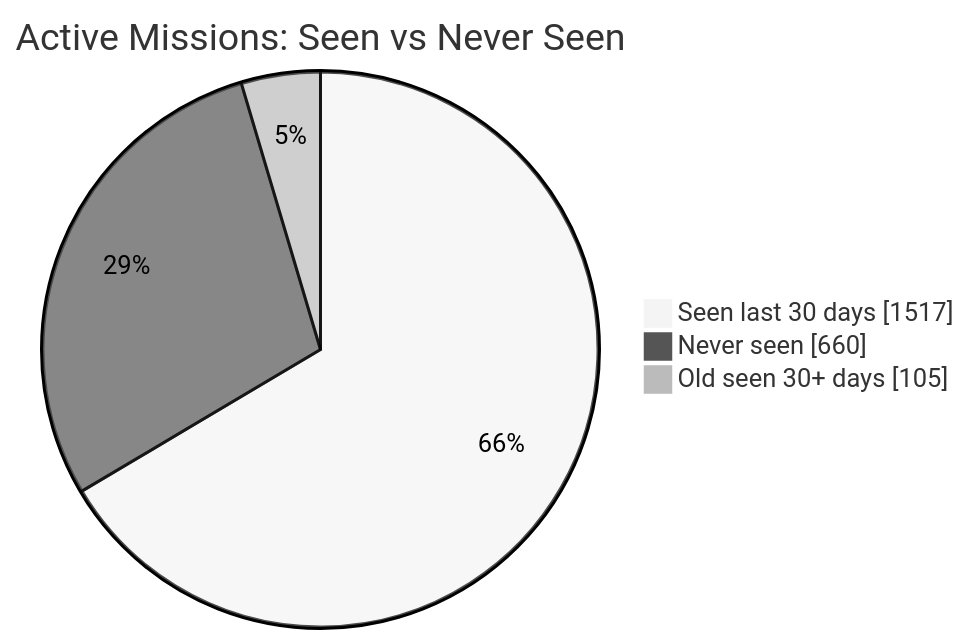
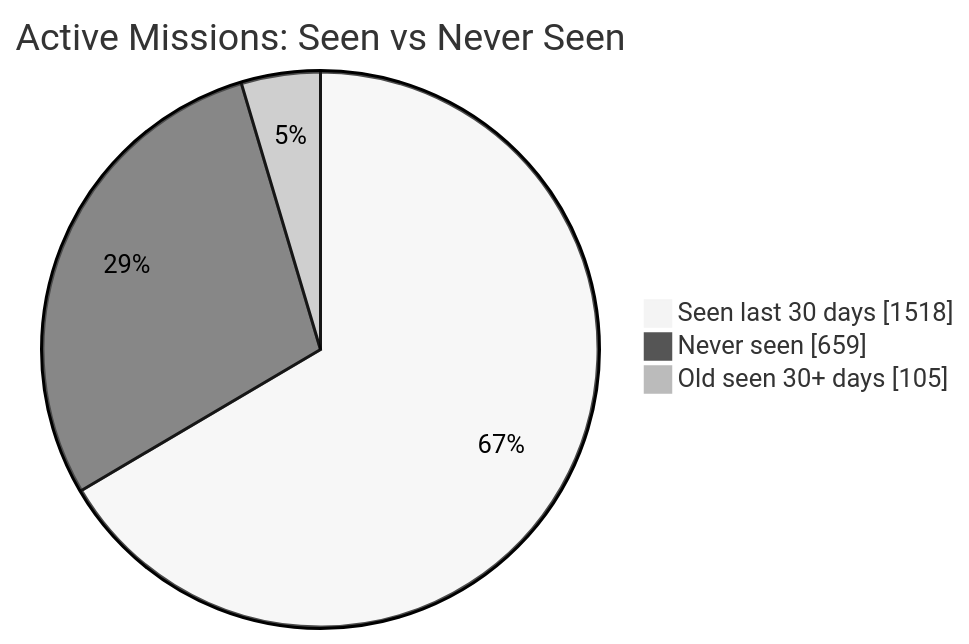
The first of 2 diagrams in README.md (MeldkamerspelGameTeam/active-missions), drawn with Mermaid (neutral theme) before and after one commit. The commit also changed other lines of this file and 2 other files, not shown here.

````diff
--- a/README.md
+++ b/README.md
@@ -34,7 +34,7 @@
 ```mermaid
 pie showData
     title Active Missions: Seen vs Never Seen
-    "Seen last 30 days" : 1517
-    "Never seen" : 660
+    "Seen last 30 days" : 1518
+    "Never seen" : 659
     "Old seen 30+ days" : 105
 ```
````
